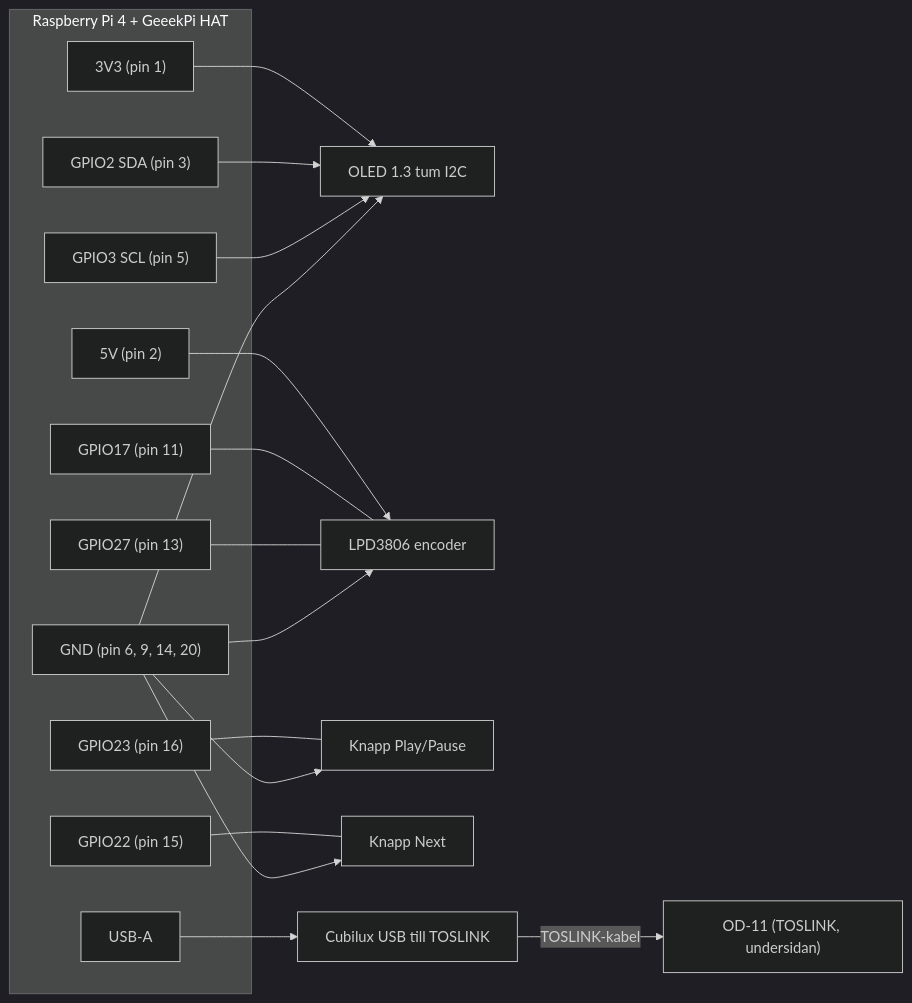
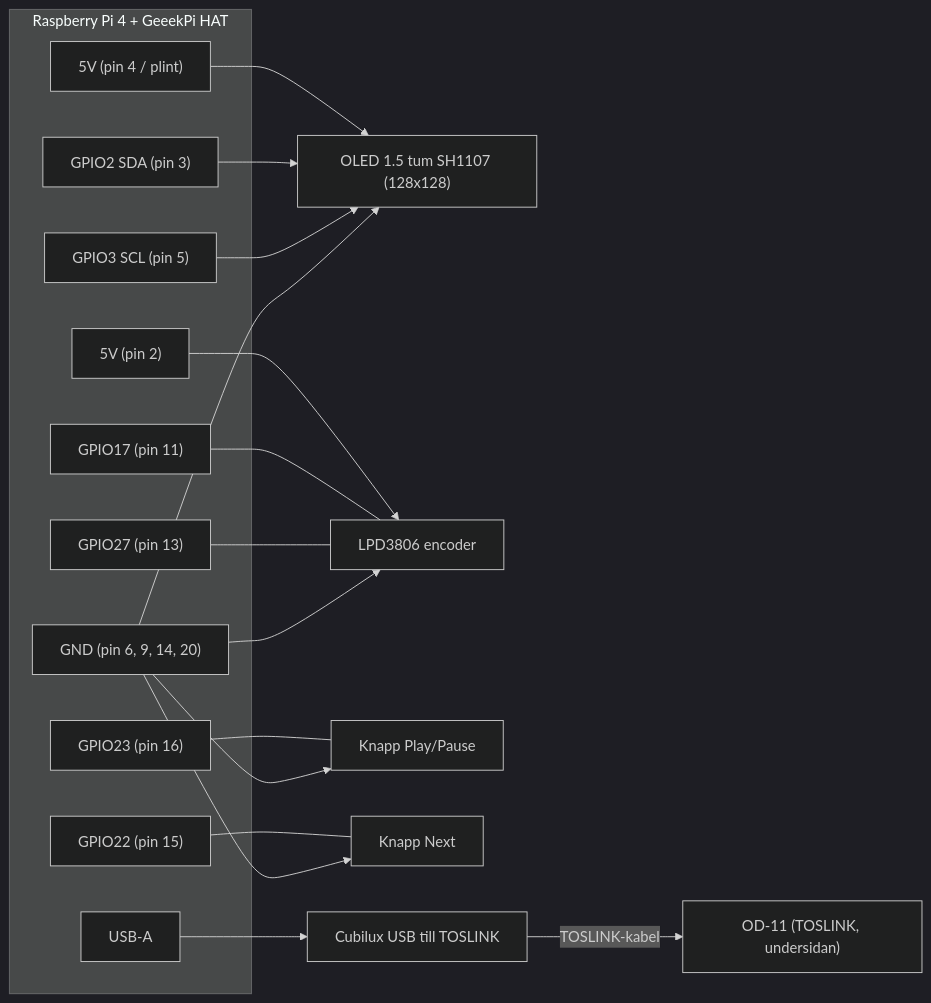
One commit to Pyk33/od-11-minimix changed the diagram in WIRING.md. Above: the diagram before and after it, drawn with Mermaid (dark theme). The commit also changed other lines of this file and 1 other file, not shown here.

Commit message:
docs(wiring): update wiring diagram and documentation for 1.5 inch OLED with 5V supply

````diff
--- a/WIRING.md
+++ b/WIRING.md
@@ -12,36 +12,36 @@
 ```mermaid
 flowchart LR
     subgraph PI["Raspberry Pi 4 + GeeekPi HAT"]
-        P1["3V3 (pin 1)"]
+        P4["5V (pin 4 / plint)"]
         P2["5V (pin 2)"]
         SDA["GPIO2 SDA (pin 3)"]
         SCL["GPIO3 SCL (pin 5)"]
         G17["GPIO17 (pin 11)"]
         G27["GPIO27 (pin 13)"]
         G22["GPIO22 (pin 15)"]
         G23["GPIO23 (pin 16)"]
         GND["GND (pin 6, 9, 14, 20)"]
         USB["USB-A"]
     end
-    OLED["OLED 1.3 tum I2C"]
+    OLED["OLED 1.5 tum SH1107 (128x128)"]
     ENC["LPD3806 encoder"]
     B1["Knapp Play/Pause"]
     B2["Knapp Next"]
     DAC["Cubilux USB till TOSLINK"]
     OD["OD-11 (TOSLINK, undersidan)"]
 
-    P1 --> OLED
+    P4 --> OLED
     SDA --> OLED
     SCL --> OLED
     GND --> OLED
     P2 --> ENC
     G17 --- ENC
     G27 --- ENC
     GND --> ENC
     G23 --- B1
     G22 --- B2
     GND --> B1
     GND --> B2
     USB --> DAC
     DAC -->|"TOSLINK-kabel"| OD
 ```
````
